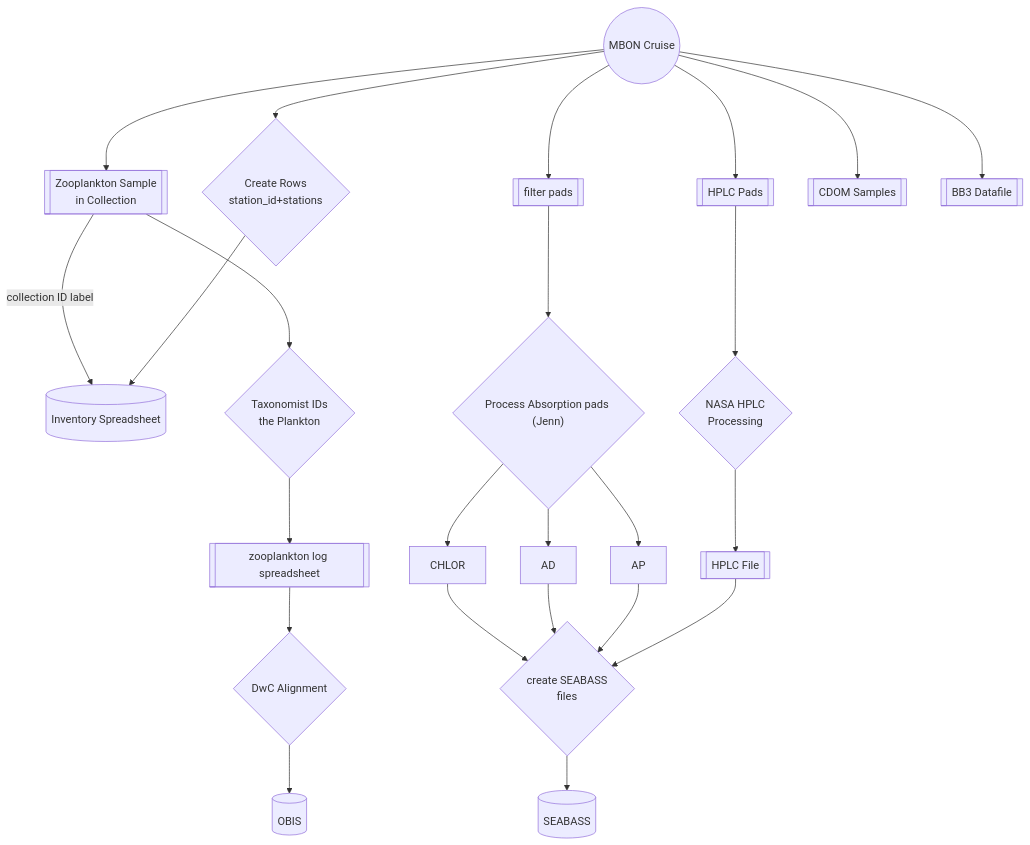
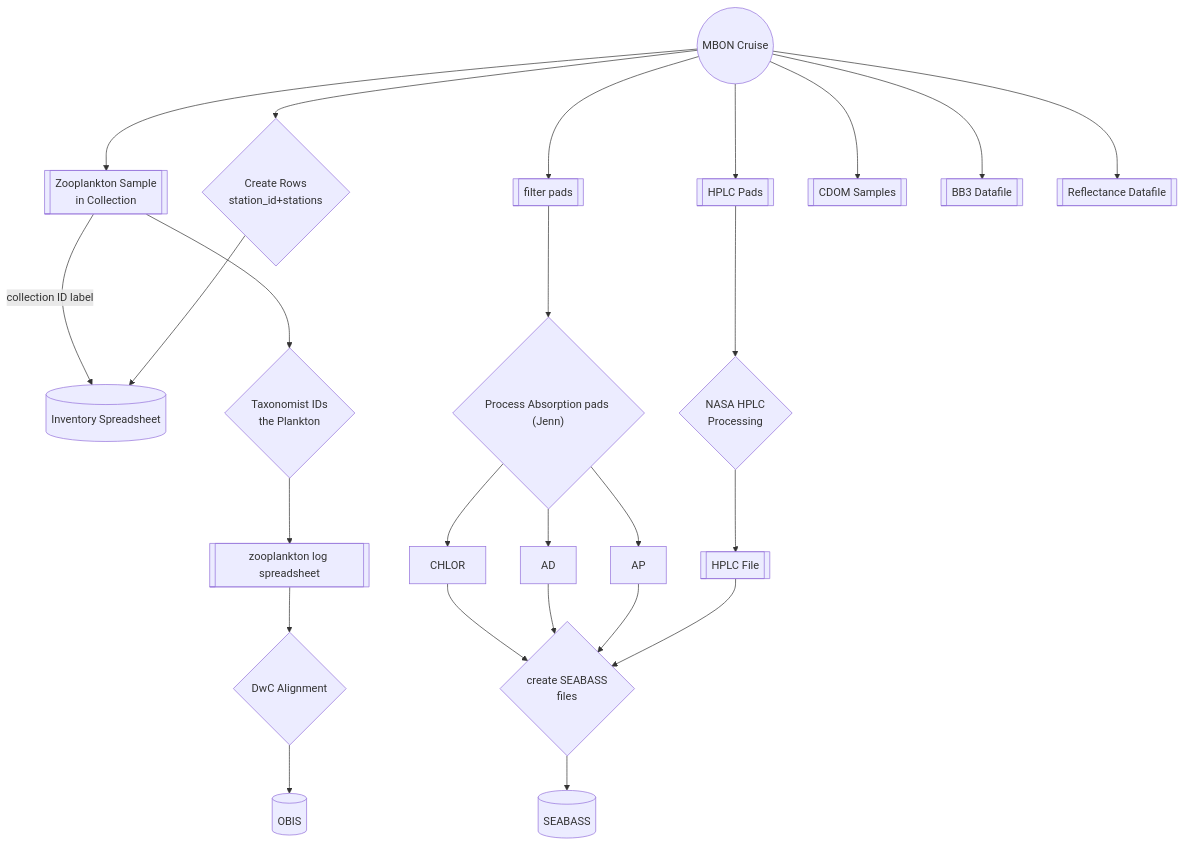
One commit to USF-IMARS/data-docs changed the diagram in raw_data_collection_event_types/MBON_cruises/README.md. Above: the diagram before and after it, drawn with Mermaid.

Commit message:
+ reflectance

````diff
--- a/raw_data_collection_event_types/MBON_cruises/README.md
+++ b/raw_data_collection_event_types/MBON_cruises/README.md
@@ -33,69 +33,70 @@
 ```mermaid
 graph TD
 
 CRUISE((MBON Cruise)) 
   --> ROWS{Create Rows \n station_id+stations}
   --> INVENTORY[(Inventory Spreadsheet)]
 
 %% === cruise outputs:
 CRUISE --> HPLC[[HPLC Pads]]
 CRUISE --> ZOO[[Zooplankton Sample \n in Collection]]
 CRUISE --> PADS[[filter pads]]
 CRUISE --> CDOM[[CDOM Samples]]
 CRUISE --> BB3[[BB3 Datafile]]
+CRUISE --> REFL[[Reflectance Datafile]]
 
 %% === HPLC pipeline
 HPLC --> NASA{NASA HPLC \n Processing}
 NASA --> HPLC_F[[HPLC File]]
 HPLC_F --> SB_FILE
 
 %% === list of database endpoints
 OBIS[(OBIS)]
 SEABASS[(SEABASS)]
 
 %% === zooplankton pipeline
 ZOO -- collection ID label --> INVENTORY
 
 ZOO --> TAXIZE{Taxonomist IDs \n the Plankton}
 TAXIZE --> ZOO_LOG[[zooplankton log spreadsheet]]
 ZOO_LOG --> DWC{DwC Alignment}
 DWC --> OBIS
 
 %% filter pad pipeline
 PADS --> PAD_P{"Process Absorption pads (Jenn)"}
 PAD_P --> AP
 PAD_P --> AD
 PAD_P --> CHLOR
 
 AP --> SB_FILE 
 AD --> SB_FILE 
 CHLOR --> SB_FILE
 SB_FILE{create SEABASS \n files}
 SB_FILE --> SEABASS
 
 %% things that need to go to SEABASS
 %%SPECTRA[[Absorption Pad Spectra]] --> SEABASS
 %%CDOM --> SEABASS
 %%HPLC --> SEABASS
 %%REFLECTANCE --> SEABASS
 
 %%subgraph legend
 %%    SAMPLE{Physical Object}
 %%    DB[(Database)]
 %%    UI[[Interface]]
 %%end 
 
 %% this "clickable" class works magically? 
 classDef clickable color:#25f,text-decoration: underline
 
 %% custom classes
 classDef popupsubgraph color:#2ff,text-decoration: underline
 
 %% sub-graphs from within this repo
 %%click DWC_ALIGN "https://ioos.github.io/mbon-docs/mbon-data-flow.html#darwin-core-alignment"
 %%DWC_ALIGN:::popupsubgraph
 
 %% external links
 click MAP "https://github.com/marinebon/map-of-activities"
 click REGISTER "https://github.com/marinebon/dataset-registry/issues"
 ```
````
